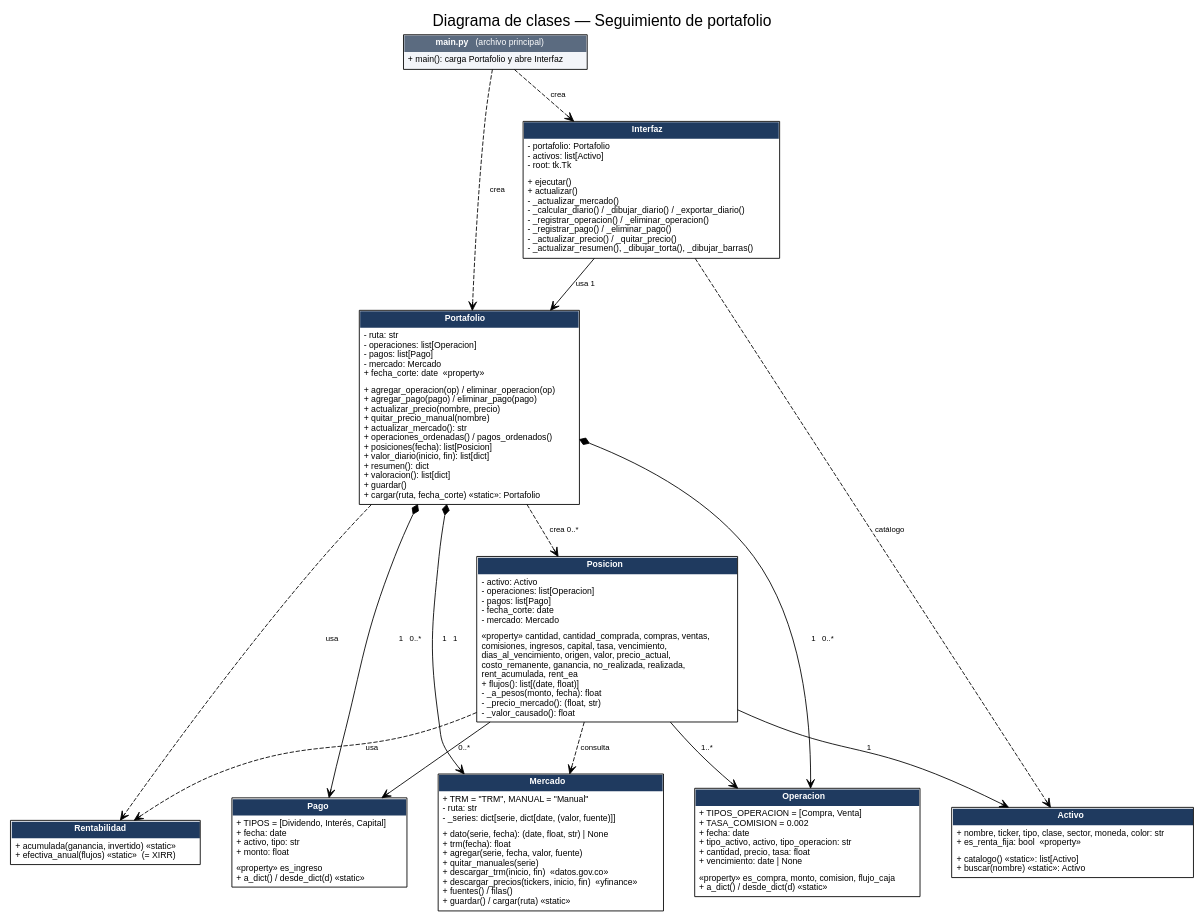
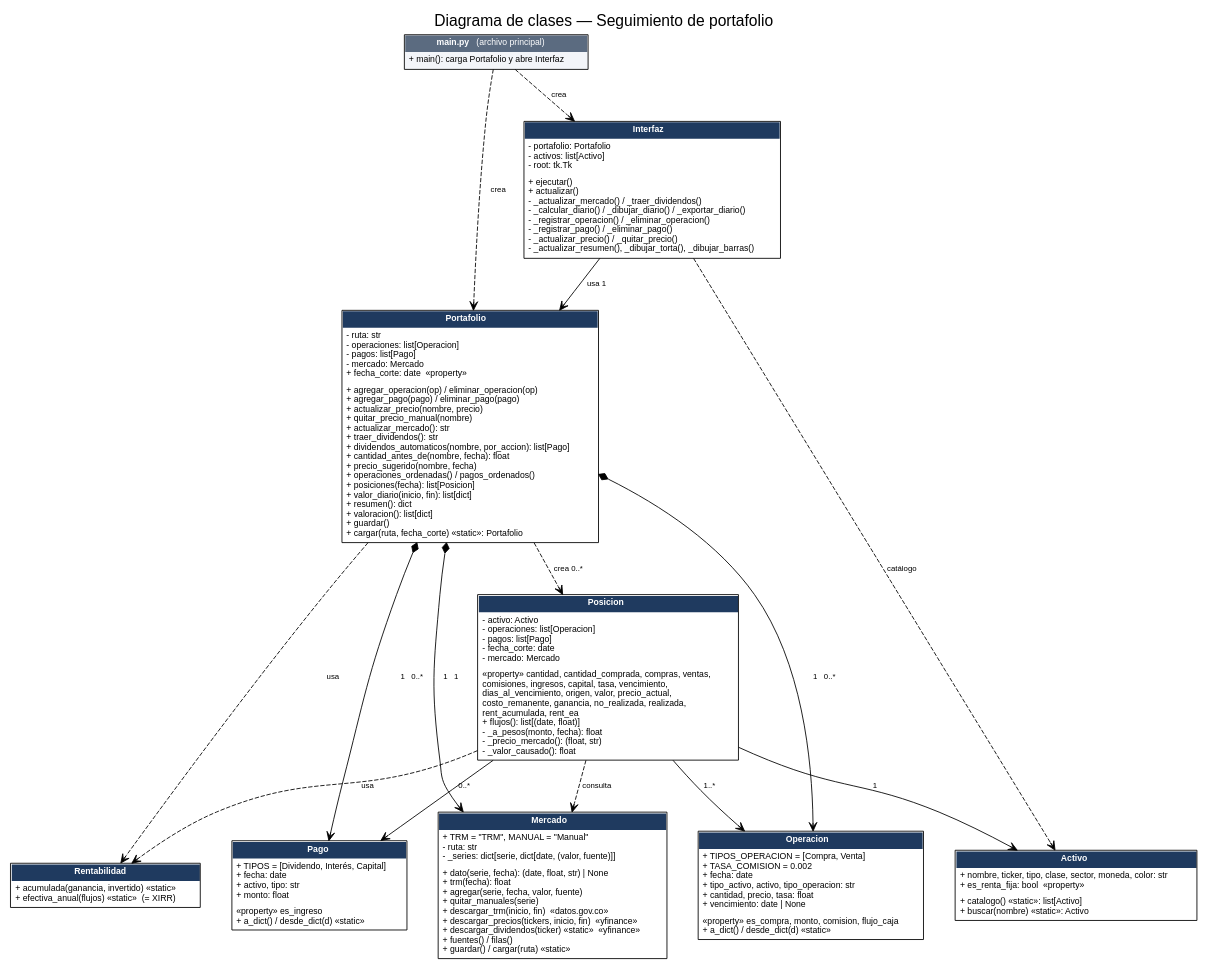
The diagram in docs/uml_clases.dot (N-um/Portafolio-de-inversion.), drawn with Graphviz before and after one commit. The commit also changed 8 other files, not shown here.

First line of the commit message:
Excel y documentacion: nuevas acciones, formulas 28-29 y dividendos automaticos

```diff
--- a/docs/uml_clases.dot
+++ b/docs/uml_clases.dot
@@ -1,64 +1,64 @@
 digraph UML {
   graph [rankdir=TB, fontname="Helvetica", nodesep=0.5, ranksep=0.7, label="Diagrama de clases — Seguimiento de portafolio", labelloc=t, fontsize=18];
   node  [shape=plain, fontname="Helvetica", fontsize=10];
   edge  [fontname="Helvetica", fontsize=9];
 
   main [label=<<table border="1" cellborder="0" cellspacing="0" cellpadding="4" bgcolor="#F3F5F9">
     <tr><td bgcolor="#5B6B80"><font color="white"><b>main.py</b> (archivo principal)</font></td></tr>
     <tr><td align="left" balign="left">+ main(): carga Portafolio y abre Interfaz</td></tr></table>>];
 
   Interfaz [label=<<table border="1" cellborder="0" cellspacing="0" cellpadding="4">
     <tr><td bgcolor="#1F3A5F"><font color="white"><b>Interfaz</b></font></td></tr>
     <tr><td align="left" balign="left">- portafolio: Portafolio<br align="left"/>- activos: list[Activo]<br align="left"/>- root: tk.Tk</td></tr>
-    <tr><td align="left" balign="left">+ ejecutar()<br align="left"/>+ actualizar()<br align="left"/>- _actualizar_mercado()<br align="left"/>- _calcular_diario() / _dibujar_diario() / _exportar_diario()<br align="left"/>- _registrar_operacion() / _eliminar_operacion()<br align="left"/>- _registrar_pago() / _eliminar_pago()<br align="left"/>- _actualizar_precio() / _quitar_precio()<br align="left"/>- _actualizar_resumen(), _dibujar_torta(), _dibujar_barras()</td></tr></table>>];
+    <tr><td align="left" balign="left">+ ejecutar()<br align="left"/>+ actualizar()<br align="left"/>- _actualizar_mercado() / _traer_dividendos()<br align="left"/>- _calcular_diario() / _dibujar_diario() / _exportar_diario()<br align="left"/>- _registrar_operacion() / _eliminar_operacion()<br align="left"/>- _registrar_pago() / _eliminar_pago()<br align="left"/>- _actualizar_precio() / _quitar_precio()<br align="left"/>- _actualizar_resumen(), _dibujar_torta(), _dibujar_barras()</td></tr></table>>];
 
   Portafolio [label=<<table border="1" cellborder="0" cellspacing="0" cellpadding="4">
     <tr><td bgcolor="#1F3A5F"><font color="white"><b>Portafolio</b></font></td></tr>
     <tr><td align="left" balign="left">- ruta: str<br align="left"/>- operaciones: list[Operacion]<br align="left"/>- pagos: list[Pago]<br align="left"/>- mercado: Mercado<br align="left"/>+ fecha_corte: date  «property»</td></tr>
-    <tr><td align="left" balign="left">+ agregar_operacion(op) / eliminar_operacion(op)<br align="left"/>+ agregar_pago(pago) / eliminar_pago(pago)<br align="left"/>+ actualizar_precio(nombre, precio)<br align="left"/>+ quitar_precio_manual(nombre)<br align="left"/>+ actualizar_mercado(): str<br align="left"/>+ operaciones_ordenadas() / pagos_ordenados()<br align="left"/>+ posiciones(fecha): list[Posicion]<br align="left"/>+ valor_diario(inicio, fin): list[dict]<br align="left"/>+ resumen(): dict<br align="left"/>+ valoracion(): list[dict]<br align="left"/>+ guardar()<br align="left"/>+ cargar(ruta, fecha_corte) «static»: Portafolio</td></tr></table>>];
+    <tr><td align="left" balign="left">+ agregar_operacion(op) / eliminar_operacion(op)<br align="left"/>+ agregar_pago(pago) / eliminar_pago(pago)<br align="left"/>+ actualizar_precio(nombre, precio)<br align="left"/>+ quitar_precio_manual(nombre)<br align="left"/>+ actualizar_mercado(): str<br align="left"/>+ traer_dividendos(): str<br align="left"/>+ dividendos_automaticos(nombre, por_accion): list[Pago]<br align="left"/>+ cantidad_antes_de(nombre, fecha): float<br align="left"/>+ precio_sugerido(nombre, fecha)<br align="left"/>+ operaciones_ordenadas() / pagos_ordenados()<br align="left"/>+ posiciones(fecha): list[Posicion]<br align="left"/>+ valor_diario(inicio, fin): list[dict]<br align="left"/>+ resumen(): dict<br align="left"/>+ valoracion(): list[dict]<br align="left"/>+ guardar()<br align="left"/>+ cargar(ruta, fecha_corte) «static»: Portafolio</td></tr></table>>];
 
   Posicion [label=<<table border="1" cellborder="0" cellspacing="0" cellpadding="4">
     <tr><td bgcolor="#1F3A5F"><font color="white"><b>Posicion</b></font></td></tr>
     <tr><td align="left" balign="left">- activo: Activo<br align="left"/>- operaciones: list[Operacion]<br align="left"/>- pagos: list[Pago]<br align="left"/>- fecha_corte: date<br align="left"/>- mercado: Mercado</td></tr>
     <tr><td align="left" balign="left">«property» cantidad, cantidad_comprada, compras, ventas,<br align="left"/>comisiones, ingresos, capital, tasa, vencimiento,<br align="left"/>dias_al_vencimiento, origen, valor, precio_actual,<br align="left"/>costo_remanente, ganancia, no_realizada, realizada,<br align="left"/>rent_acumulada, rent_ea<br align="left"/>+ flujos(): list[(date, float)]<br align="left"/>- _a_pesos(monto, fecha): float<br align="left"/>- _precio_mercado(): (float, str)<br align="left"/>- _valor_causado(): float</td></tr></table>>];
 
   Rentabilidad [label=<<table border="1" cellborder="0" cellspacing="0" cellpadding="4">
     <tr><td bgcolor="#1F3A5F"><font color="white"><b>Rentabilidad</b></font></td></tr>
     <tr><td align="left" balign="left">+ acumulada(ganancia, invertido) «static»<br align="left"/>+ efectiva_anual(flujos) «static»  (= XIRR)</td></tr></table>>];
 
   Activo [label=<<table border="1" cellborder="0" cellspacing="0" cellpadding="4">
     <tr><td bgcolor="#1F3A5F"><font color="white"><b>Activo</b></font></td></tr>
     <tr><td align="left" balign="left">+ nombre, ticker, tipo, clase, sector, moneda, color: str<br align="left"/>+ es_renta_fija: bool  «property»</td></tr>
     <tr><td align="left" balign="left">+ catalogo() «static»: list[Activo]<br align="left"/>+ buscar(nombre) «static»: Activo</td></tr></table>>];
 
   Operacion [label=<<table border="1" cellborder="0" cellspacing="0" cellpadding="4">
     <tr><td bgcolor="#1F3A5F"><font color="white"><b>Operacion</b></font></td></tr>
     <tr><td align="left" balign="left">+ TIPOS_OPERACION = [Compra, Venta]<br align="left"/>+ TASA_COMISION = 0.002<br align="left"/>+ fecha: date<br align="left"/>+ tipo_activo, activo, tipo_operacion: str<br align="left"/>+ cantidad, precio, tasa: float<br align="left"/>+ vencimiento: date | None</td></tr>
     <tr><td align="left" balign="left">«property» es_compra, monto, comision, flujo_caja<br align="left"/>+ a_dict() / desde_dict(d) «static»</td></tr></table>>];
 
   Pago [label=<<table border="1" cellborder="0" cellspacing="0" cellpadding="4">
     <tr><td bgcolor="#1F3A5F"><font color="white"><b>Pago</b></font></td></tr>
     <tr><td align="left" balign="left">+ TIPOS = [Dividendo, Interés, Capital]<br align="left"/>+ fecha: date<br align="left"/>+ activo, tipo: str<br align="left"/>+ monto: float</td></tr>
     <tr><td align="left" balign="left">«property» es_ingreso<br align="left"/>+ a_dict() / desde_dict(d) «static»</td></tr></table>>];
 
   Mercado [label=<<table border="1" cellborder="0" cellspacing="0" cellpadding="4">
     <tr><td bgcolor="#1F3A5F"><font color="white"><b>Mercado</b></font></td></tr>
     <tr><td align="left" balign="left">+ TRM = "TRM", MANUAL = "Manual"<br align="left"/>- ruta: str<br align="left"/>- _series: dict[serie, dict[date, (valor, fuente)]]</td></tr>
-    <tr><td align="left" balign="left">+ dato(serie, fecha): (date, float, str) | None<br align="left"/>+ trm(fecha): float<br align="left"/>+ agregar(serie, fecha, valor, fuente)<br align="left"/>+ quitar_manuales(serie)<br align="left"/>+ descargar_trm(inicio, fin)  «datos.gov.co»<br align="left"/>+ descargar_precios(tickers, inicio, fin)  «yfinance»<br align="left"/>+ fuentes() / filas()<br align="left"/>+ guardar() / cargar(ruta) «static»</td></tr></table>>];
+    <tr><td align="left" balign="left">+ dato(serie, fecha): (date, float, str) | None<br align="left"/>+ trm(fecha): float<br align="left"/>+ agregar(serie, fecha, valor, fuente)<br align="left"/>+ quitar_manuales(serie)<br align="left"/>+ descargar_trm(inicio, fin)  «datos.gov.co»<br align="left"/>+ descargar_precios(tickers, inicio, fin)  «yfinance»<br align="left"/>+ descargar_dividendos(ticker) «static»  «yfinance»<br align="left"/>+ fuentes() / filas()<br align="left"/>+ guardar() / cargar(ruta) «static»</td></tr></table>>];
 
   main -> Portafolio [label="  crea", style=dashed, arrowhead=vee];
   main -> Interfaz [label="  crea", style=dashed, arrowhead=vee];
   Interfaz -> Portafolio [label="  usa 1", arrowhead=vee];
   Interfaz -> Activo [label=" catálogo", style=dashed, arrowhead=vee];
   Portafolio -> Operacion [label=" 1   0..*", dir=both, arrowtail=diamond, arrowhead=vee];
   Portafolio -> Pago [label=" 1   0..*", dir=both, arrowtail=diamond, arrowhead=vee];
   Portafolio -> Posicion [label="  crea 0..*", style=dashed, arrowhead=vee];
   Portafolio -> Mercado [label=" 1   1", dir=both, arrowtail=diamond, arrowhead=vee];
   Posicion -> Mercado [label=" consulta", style=dashed, arrowhead=vee];
   Posicion -> Activo [label=" 1", arrowhead=vee];
   Posicion -> Operacion [label=" 1..*", arrowhead=vee];
   Posicion -> Pago [label=" 0..*", arrowhead=vee];
   Posicion -> Rentabilidad [label=" usa", style=dashed, arrowhead=vee];
   Portafolio -> Rentabilidad [label=" usa", style=dashed, arrowhead=vee];
   { rank=same; Operacion; Pago; Activo; }
 }
```
